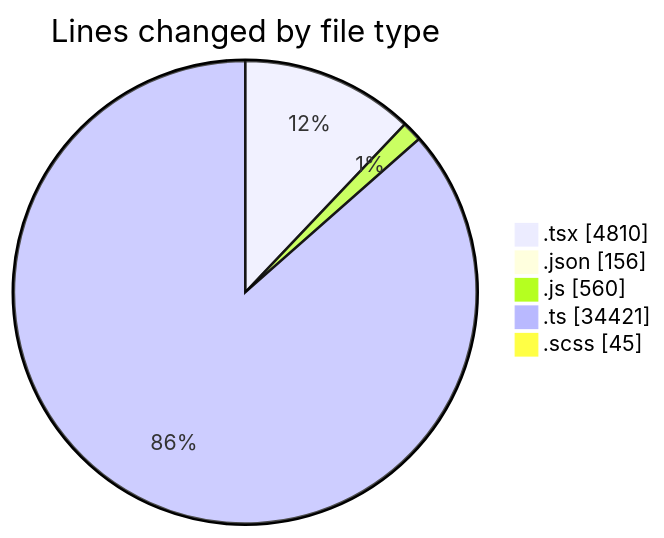
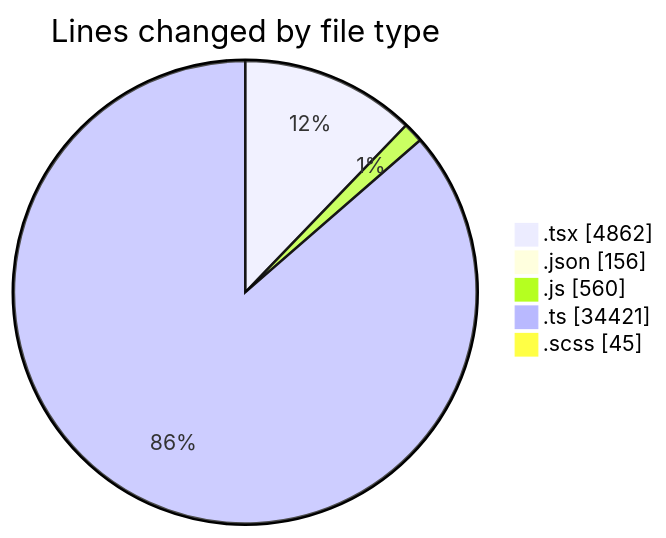
One commit to momahboobian/code-tracking changed the first of 2 diagrams in 2025-11-10/cda/README.md. Above: the diagram before and after it, drawn with Mermaid. The commit also changed other lines of this file and 1 other file, not shown here.

````diff
--- a/2025-11-10/cda/README.md
+++ b/2025-11-10/cda/README.md
@@ -45,9 +46,9 @@
 ```mermaid
 pie showData
 title Lines changed by file type
-".tsx" : 4810
+".tsx" : 4862
 ".json" : 156
 ".js" : 560
 ".ts" : 34421
 ".scss" : 45
 ```
````
